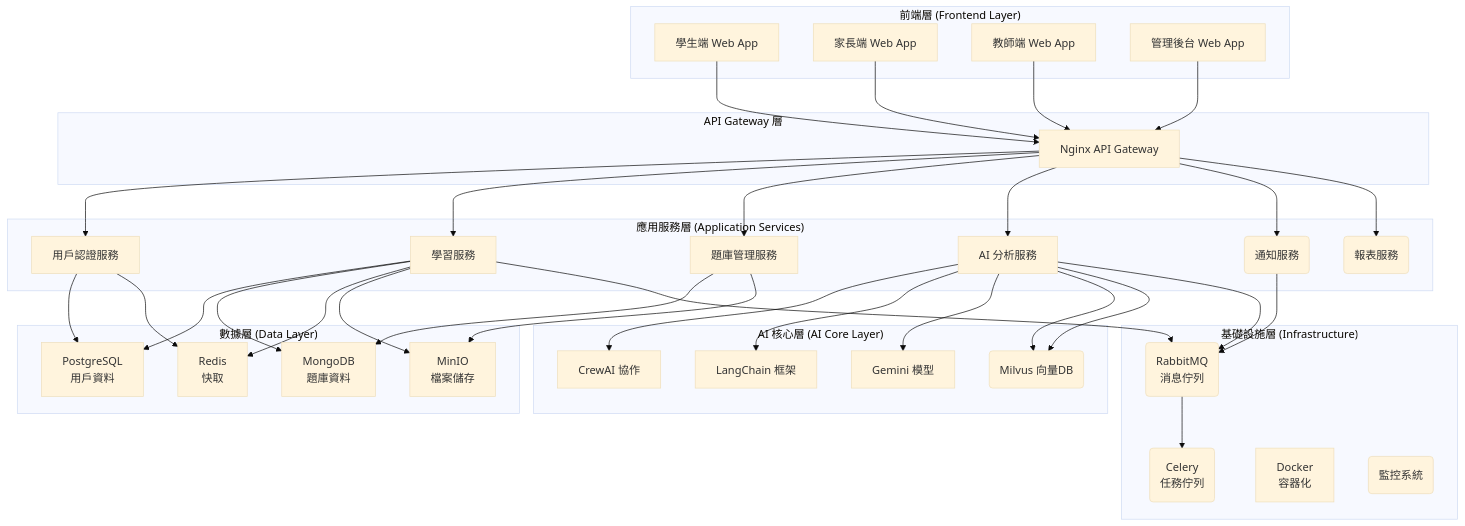
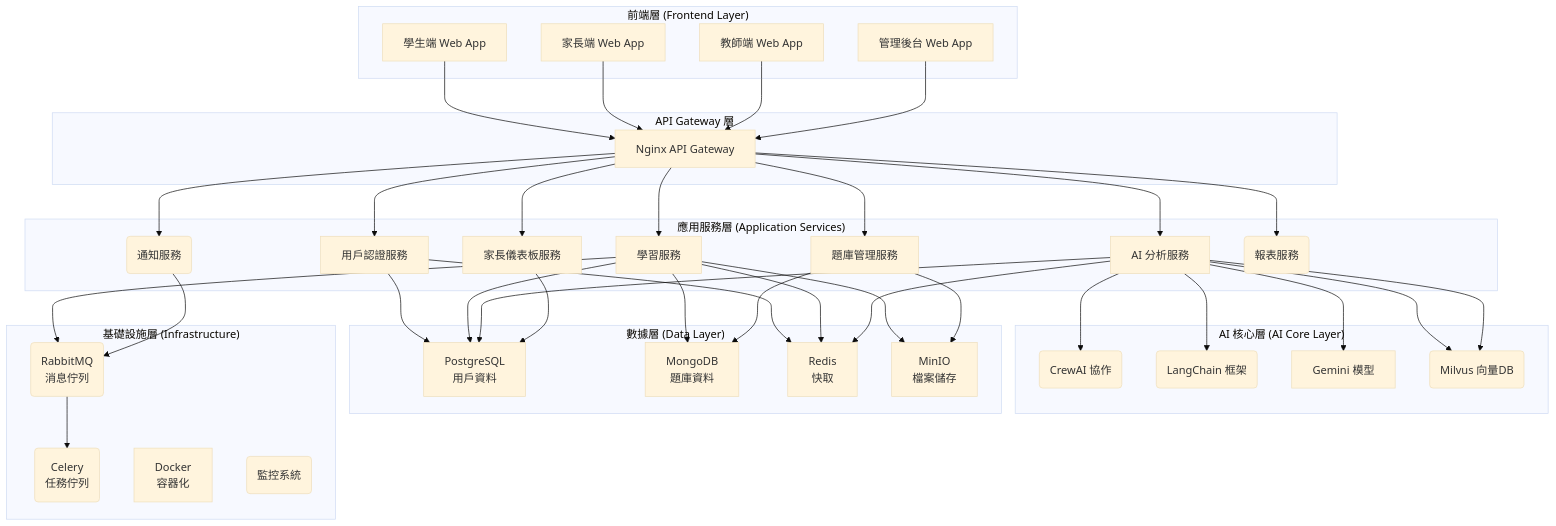
The first of 4 diagrams in 1_system_design/files/02_system_architecture_document.md (Wayne-0828/InULearning_V1), drawn with Mermaid (base theme) before and after one commit. The commit also changed other lines of this file and 9 other files, not shown here.

````diff
--- a/1_system_design/files/02_system_architecture_document.md
+++ b/1_system_design/files/02_system_architecture_document.md
@@ -144,60 +144,62 @@
 ```mermaid
 graph TB
     subgraph "前端層 (Frontend Layer)"
         A[學生端 Web App]
         B[家長端 Web App]
         C[教師端 Web App]
         D[管理後台 Web App]
     end
     
     subgraph "API Gateway 層"
         E[Nginx API Gateway]
     end
     
     subgraph "應用服務層 (Application Services)"
         F[用戶認證服務]
         G[學習服務]
         H[題庫管理服務]
         I[AI 分析服務]
+        PD[家長儀表板服務]
         J(通知服務)
         K(報表服務)
     end
     
     subgraph "AI 核心層 (AI Core Layer)"
-        L[CrewAI 協作]
-        M[LangChain 框架]
+        L(CrewAI 協作)
+        M(LangChain 框架)
         N[Gemini 模型]
         O(Milvus 向量DB)
     end
     
     subgraph "數據層 (Data Layer)"
         P[PostgreSQL<br/>用戶資料]
         Q[MongoDB<br/>題庫資料]
         R[Redis<br/>快取]
         S[MinIO<br/>檔案儲存]
     end
     
     subgraph "基礎設施層 (Infrastructure)"
         T(RabbitMQ<br/>消息佇列)
         U(Celery<br/>任務佇列)
         V[Docker<br/>容器化]
         W(監控系統)
     end
     
     A --> E
     B --> E
     C --> E
     D --> E
     
-    E --> F & G & H & I & J & K
+    E --> F & G & H & I & PD & J & K
     
     I --> L & M & N & O
     
     F --> P & R
     G --> P & Q & R & S & T
     H --> Q & S
-    I --> O & T
+    I --> P & R & O
+    PD --> P
     J --> T
     
     T --> U
 ```
````
